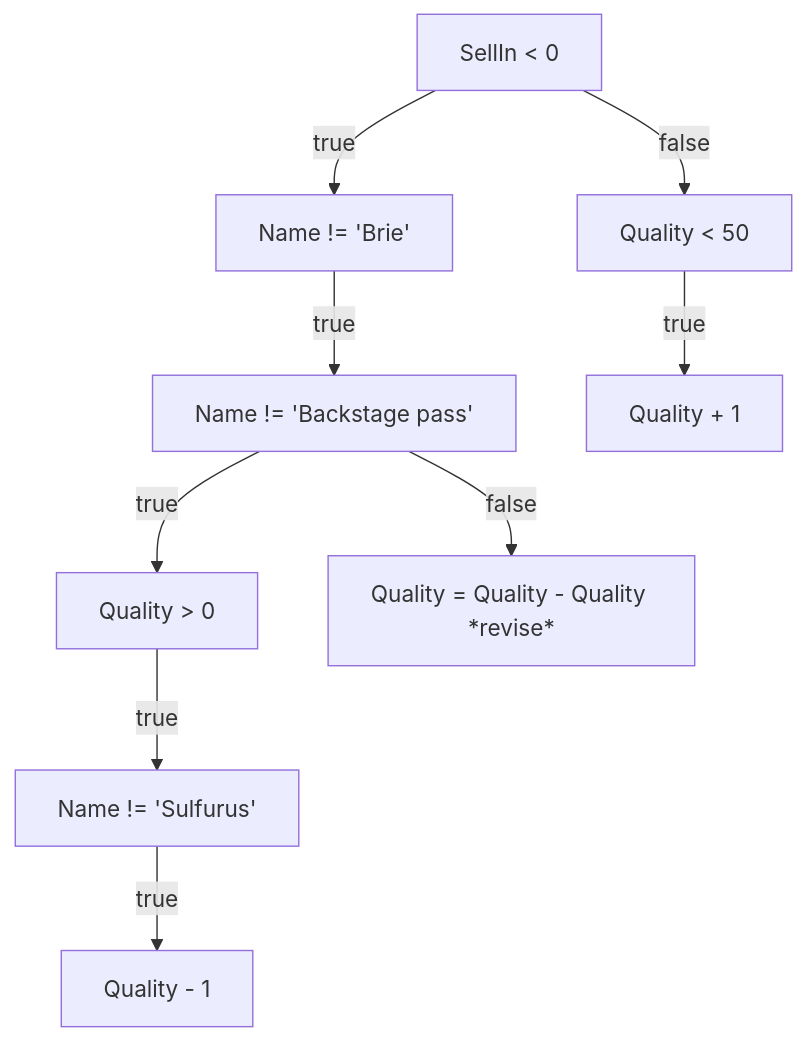
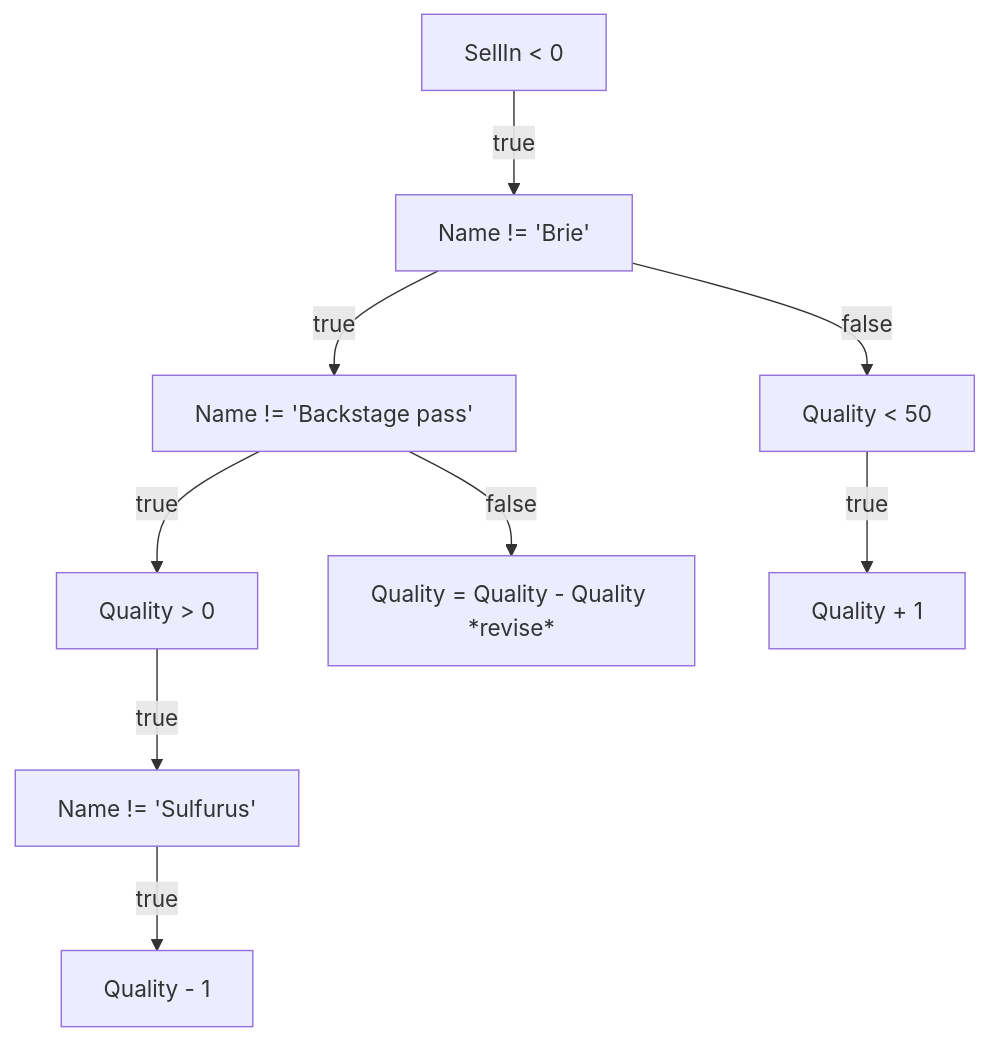
Before and after one commit to A-Guldborg/assignment-05: the third of 3 diagrams in README.md, drawn with Mermaid. The commit also changed 1 other file, not shown here.

Commit message:
Fix flow chart (#4)
* Fix flowchart

* Fix tests according to flowchart

````diff
--- a/README.md
+++ b/README.md
@@ -33,11 +33,11 @@
 ```mermaid
 graph TD
     A[SellIn < 0] --true--> B[Name != 'Brie']
     B --true--> C[Name != 'Backstage pass']
     C --true--> D[Quality > 0]
     D --true--> E[Name != 'Sulfurus']
     E --true--> F[Quality - 1]
     C --false--> G[Quality = Quality - Quality *revise*]
-    A --false--> H[Quality < 50]
+    B --false--> H[Quality < 50]
     H --true--> I[Quality + 1]
 ```
````
